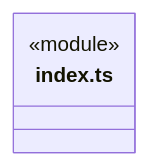
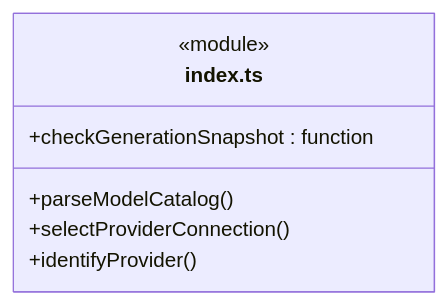
The ninth of 15 diagrams in src/logic/models/ARCHITECTURE.md (nan023062/cbim), drawn with Mermaid before and after one commit. The commit also changed other lines of this file and 137 other files, not shown here.

Commit message:
fix: align architecture generator with documentation standards

````diff
--- a/src/logic/models/ARCHITECTURE.md
+++ b/src/logic/models/ARCHITECTURE.md
@@ -290,6 +300,10 @@
 ```mermaid
 classDiagram
 class N_src_logic_models_index_ts["index.ts"] {
   <<module>>
+  +parseModelCatalog()
+  +selectProviderConnection()
+  +identifyProvider()
+  +checkGenerationSnapshot : function
 }
 ```
````
